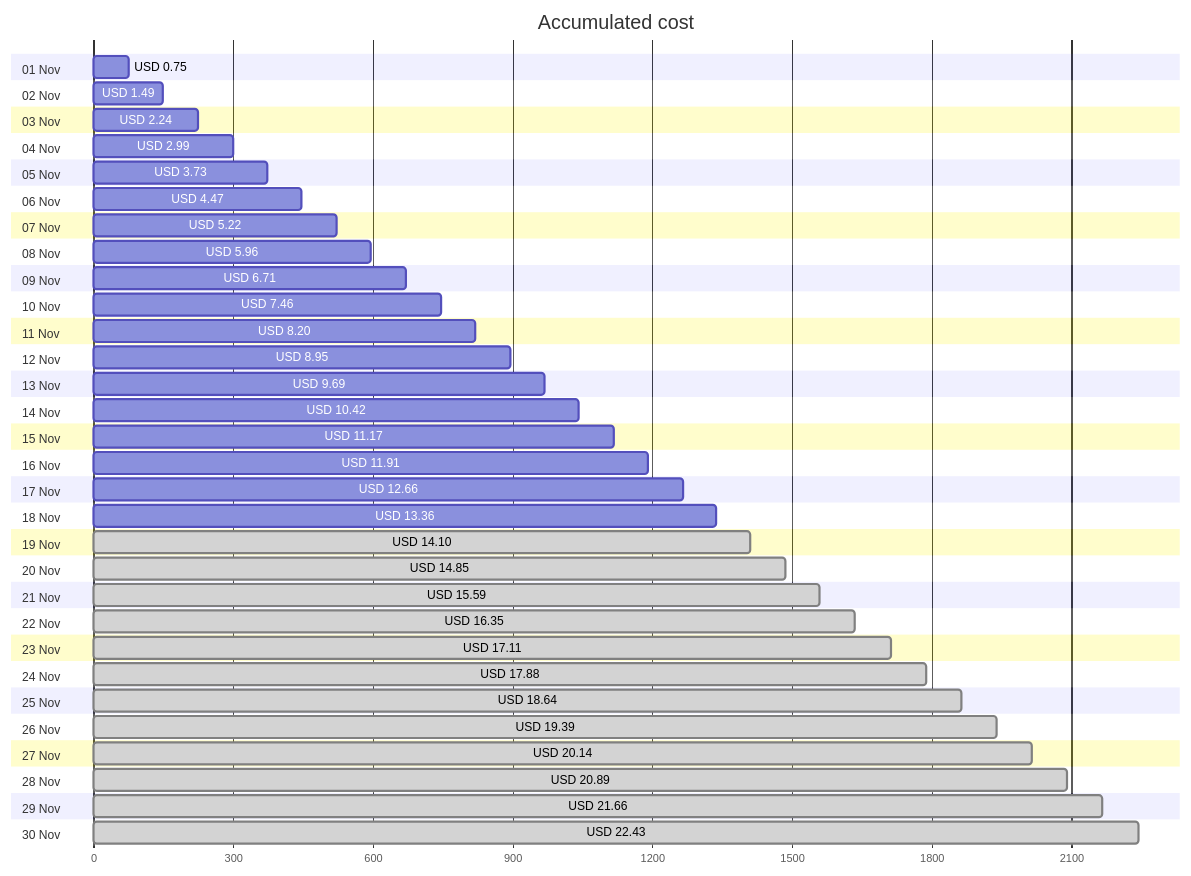
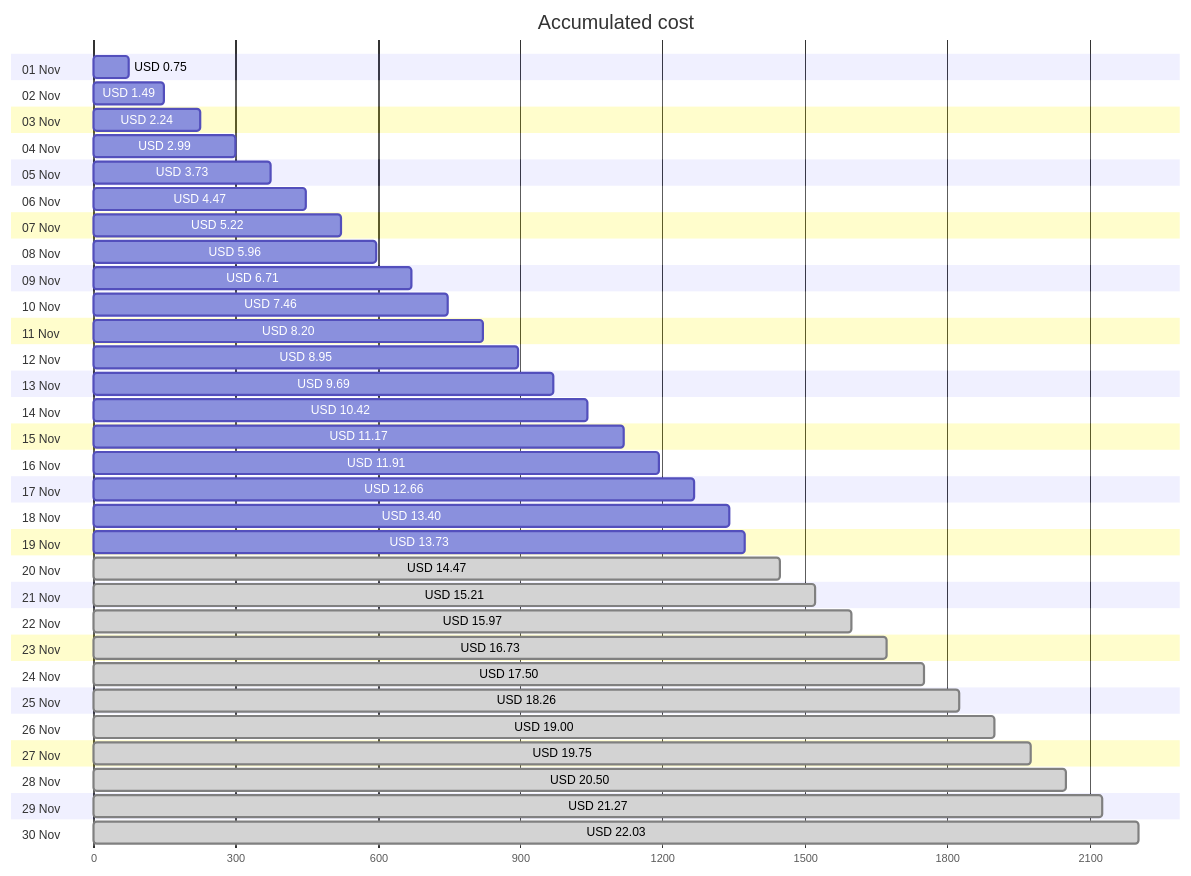
One commit to jpfulton/azure-personal-reports changed the first of 4 diagrams in cost-reports/personal-network/backup-server-data-disk.md. Above: the diagram before and after it, drawn with Mermaid. The commit also changed other lines of this file and 8 other files, not shown here.

````diff
--- a/cost-reports/personal-network/backup-server-data-disk.md
+++ b/cost-reports/personal-network/backup-server-data-disk.md
@@ -20,66 +20,66 @@
 ```mermaid
 gantt
    title Accumulated cost
    dateFormat  X
    axisFormat %s
    section 01 Nov
    USD 0.75 :0, 75
    section 02 Nov
    USD 1.49 :0, 149
    section 03 Nov
    USD 2.24 :0, 224
    section 04 Nov
    USD 2.99 :0, 299
    section 05 Nov
    USD 3.73 :0, 373
    section 06 Nov
    USD 4.47 :0, 447
    section 07 Nov
    USD 5.22 :0, 522
    section 08 Nov
    USD 5.96 :0, 596
    section 09 Nov
    USD 6.71 :0, 671
    section 10 Nov
    USD 7.46 :0, 746
    section 11 Nov
    USD 8.20 :0, 820
    section 12 Nov
    USD 8.95 :0, 895
    section 13 Nov
    USD 9.69 :0, 969
    section 14 Nov
    USD 10.42 :0, 1042
    section 15 Nov
    USD 11.17 :0, 1117
    section 16 Nov
    USD 11.91 :0, 1191
    section 17 Nov
    USD 12.66 :0, 1266
    section 18 Nov
-   USD 13.36 :0, 1336
+   USD 13.40 :0, 1340
    section 19 Nov
-   USD 14.10 : done, 0, 1410
+   USD 13.73 :0, 1373
    section 20 Nov
-   USD 14.85 : done, 0, 1485
+   USD 14.47 : done, 0, 1447
    section 21 Nov
-   USD 15.59 : done, 0, 1559
+   USD 15.21 : done, 0, 1521
    section 22 Nov
-   USD 16.35 : done, 0, 1635
+   USD 15.97 : done, 0, 1597
    section 23 Nov
-   USD 17.11 : done, 0, 1711
+   USD 16.73 : done, 0, 1673
    section 24 Nov
-   USD 17.88 : done, 0, 1788
+   USD 17.50 : done, 0, 1750
    section 25 Nov
-   USD 18.64 : done, 0, 1864
+   USD 18.26 : done, 0, 1826
    section 26 Nov
-   USD 19.39 : done, 0, 1939
+   USD 19.00 : done, 0, 1900
    section 27 Nov
-   USD 20.14 : done, 0, 2014
+   USD 19.75 : done, 0, 1975
    section 28 Nov
-   USD 20.89 : done, 0, 2089
+   USD 20.50 : done, 0, 2050
    section 29 Nov
-   USD 21.66 : done, 0, 2166
+   USD 21.27 : done, 0, 2127
    section 30 Nov
-   USD 22.43 : done, 0, 2243
+   USD 22.03 : done, 0, 2203
 ```
````
